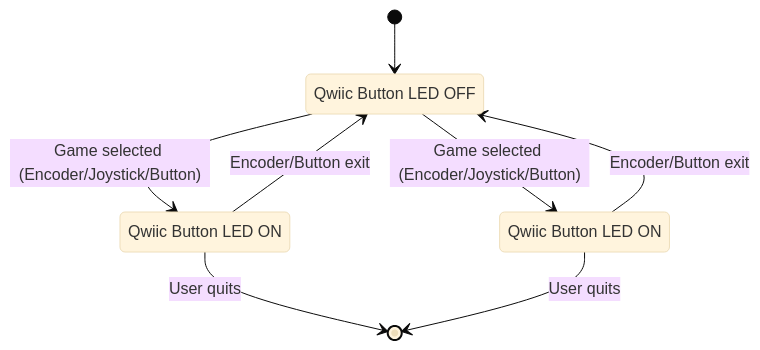
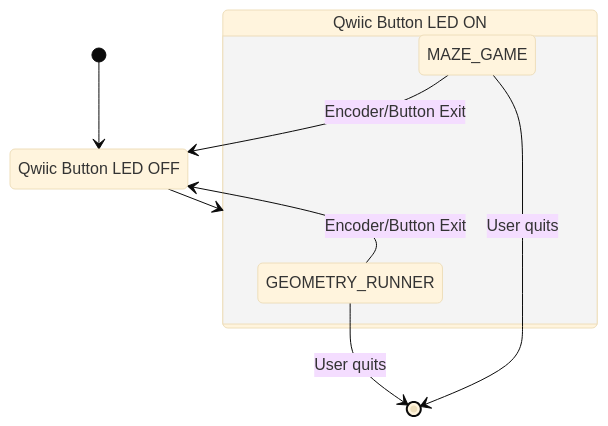
One commit to ji227/Jesse-Iriah-s-Lab-Hub changed the diagram in Lab 4/README.md. Above: the diagram before and after it, drawn with Mermaid (base theme). The commit also changed other lines of this file, not shown here.

````diff
--- a/Lab 4/README.md
+++ b/Lab 4/README.md
@@ -180,18 +180,21 @@
 ```mermaid
 stateDiagram-v2
 	[*] --> MENU
 
     MENU: Qwiic Button LED OFF
 
-    MENU --> GEOMETRY_RUNNER: Game selected (Encoder/Joystick/Button)
-    MENU --> MAZE_GAME: Game selected (Encoder/Joystick/Button)
+    MENU --> GAME_PLAY
 
-    GEOMETRY_RUNNER: Qwiic Button LED ON
-    MAZE_GAME: Qwiic Button LED ON
+    state GAME_PLAY {
+        GEOMETRY_RUNNER
+        MAZE_GAME
+    }
 
-    GEOMETRY_RUNNER --> MENU: Encoder/Button exit
-    MAZE_GAME --> MENU: Encoder/Button exit
+    GAME_PLAY: Qwiic Button LED ON
+
+    GEOMETRY_RUNNER --> MENU: Encoder/Button Exit
+    MAZE_GAME --> MENU: Encoder/Button Exit
 
     GEOMETRY_RUNNER --> [*]: User quits
     MAZE_GAME --> [*]: User quits
 ```
````
